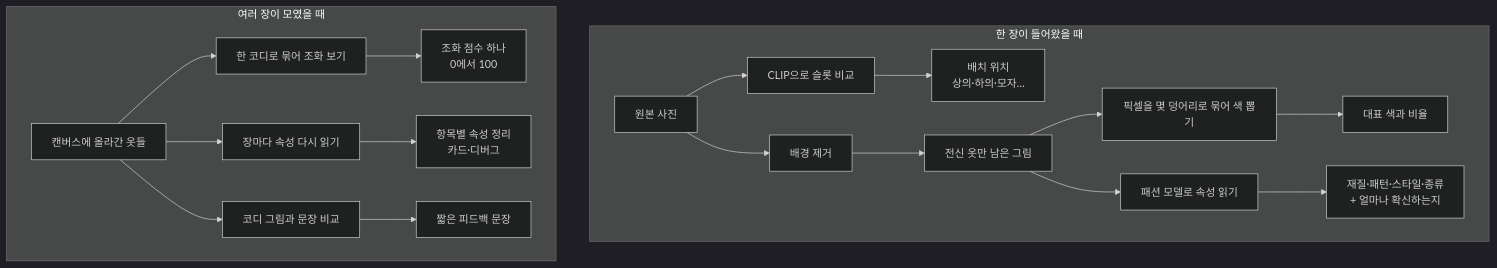
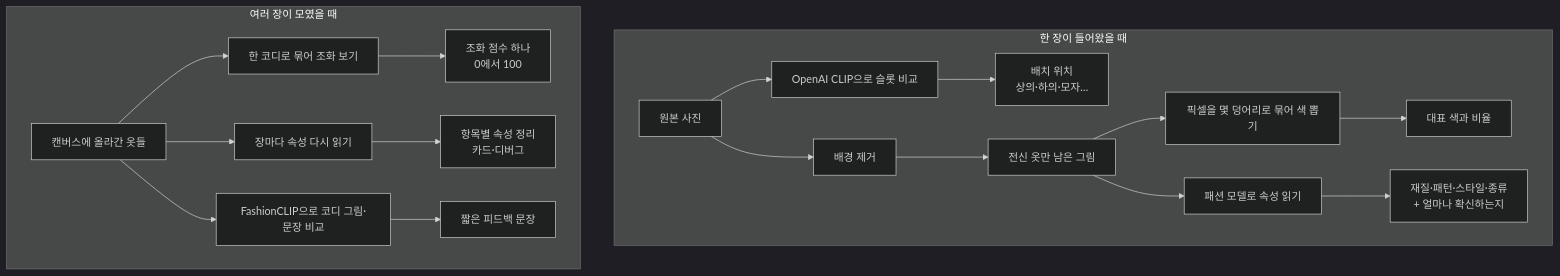
One commit to jinbaaaaaang/huwari changed the fourth of 5 diagrams in README.md. Above: the diagram before and after it, drawn with Mermaid (dark theme). The commit also changed other lines of this file and 5 other files, not shown here.

````diff
--- a/README.md
+++ b/README.md
@@ -288,23 +290,23 @@
 ```mermaid
 flowchart TB
   subgraph itemOne ["한 장이 들어왔을 때"]
     R["원본 사진"]
-    R --> S1[CLIP으로 슬롯 비교]
+    R --> S1[OpenAI CLIP으로 슬롯 비교]
     S1 --> O1["배치 위치<br/>상의·하의·모자…"]
     R --> S2[배경 제거]
     S2 --> O2["전신 옷만 남은 그림"]
     O2 --> S3[픽셀을 몇 덩어리로 묶어 색 뽑기]
     S3 --> O3["대표 색과 비율"]
     O2 --> S4[패션 모델로 속성 읽기]
     S4 --> O4["재질·패턴·스타일·종류<br/>+ 얼마나 확신하는지"]
   end
   subgraph outfitMany ["여러 장이 모였을 때"]
     M["캔버스에 올라간 옷들"]
     M --> H1[한 코디로 묶어 조화 보기]
     H1 --> P1["조화 점수 하나<br/>0에서 100"]
     M --> H2[장마다 속성 다시 읽기]
     H2 --> P2["항목별 속성 정리<br/>카드·디버그"]
-    M --> H3[코디 그림과 문장 비교]
+    M --> H3[FashionCLIP으로 코디 그림·문장 비교]
     H3 --> P3["짧은 피드백 문장"]
   end
 ```
````
